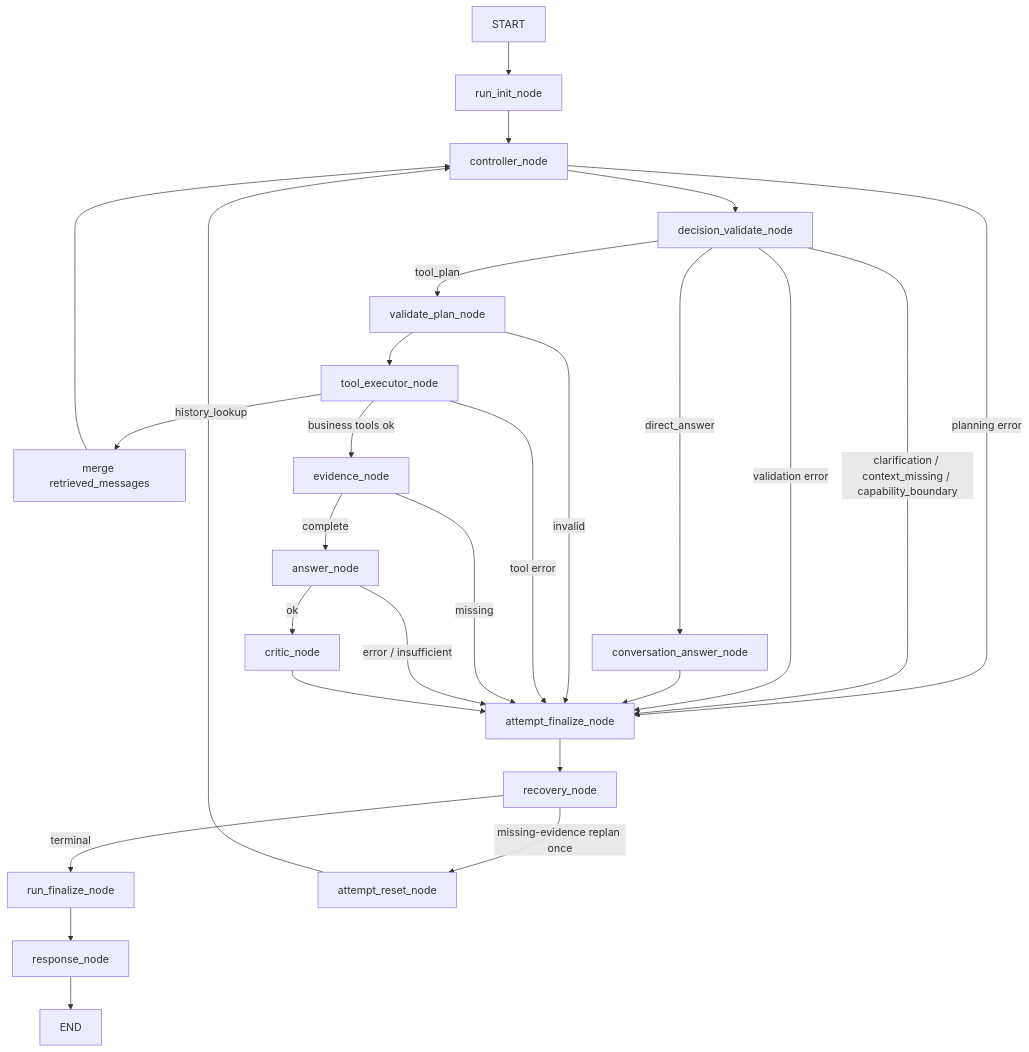
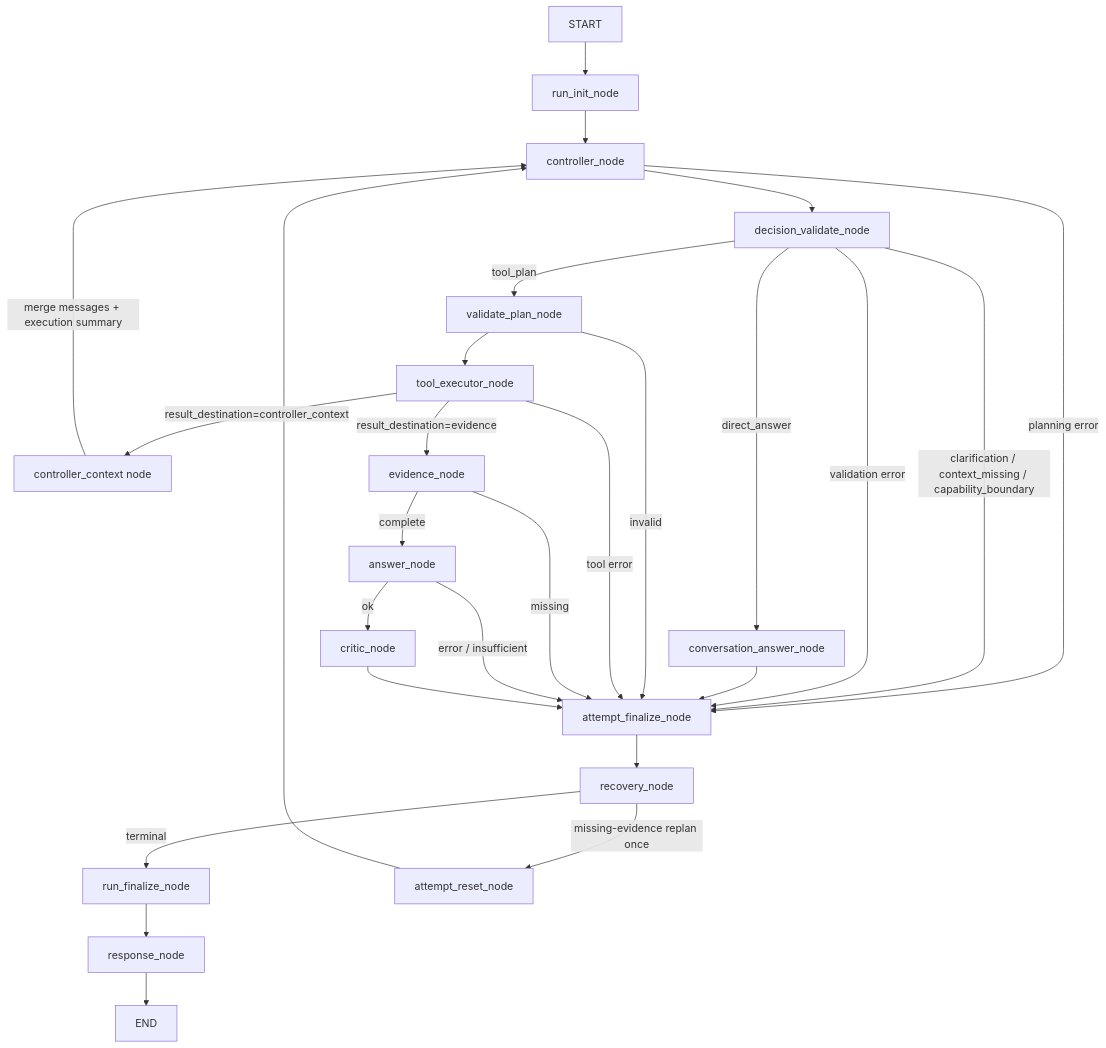
The second of 2 diagrams in docs/design/architecture/整体架构.md (Philip23333/DotaMind), drawn with Mermaid before and after one commit. The commit also changed other lines of this file and 32 other files, not shown here.

````diff
--- a/docs/design/architecture/整体架构.md
+++ b/docs/design/architecture/整体架构.md
@@ -43,32 +43,32 @@
 ```mermaid
 flowchart TD
     Start["START"] --> Init["run_init_node"]
     Init --> Controller["controller_node"]
     Controller --> Decision["decision_validate_node"]
     Controller -->|"planning error"| Attempt["attempt_finalize_node"]
 
     Decision -->|"direct_answer"| Conversation["conversation_answer_node"]
     Decision -->|"clarification / context_missing / capability_boundary"| Attempt
     Decision -->|"tool_plan"| Validate["validate_plan_node"]
     Decision -->|"validation error"| Attempt
 
     Conversation --> Attempt
     Validate -->|"invalid"| Attempt
     Validate --> Tools["tool_executor_node"]
-    Tools -->|"history_lookup"| Lookup["merge retrieved_messages"]
-    Lookup --> Controller
-    Tools -->|"business tools ok"| Evidence["evidence_node"]
+    Tools -->|"result_destination=controller_context"| Context["controller_context node"]
+    Context -->|"merge messages + execution summary"| Controller
+    Tools -->|"result_destination=evidence"| Evidence["evidence_node"]
     Tools -->|"tool error"| Attempt
     Evidence -->|"complete"| Answer["answer_node"]
     Evidence -->|"missing"| Attempt
     Answer -->|"ok"| Critic["critic_node"]
     Answer -->|"error / insufficient"| Attempt
     Critic --> Attempt
 
     Attempt --> Recovery["recovery_node"]
     Recovery -->|"terminal"| RunFinalize["run_finalize_node"]
     Recovery -->|"missing-evidence replan once"| Reset["attempt_reset_node"]
     Reset --> Controller
     RunFinalize --> Response["response_node"]
     Response --> End["END"]
 ```
````
